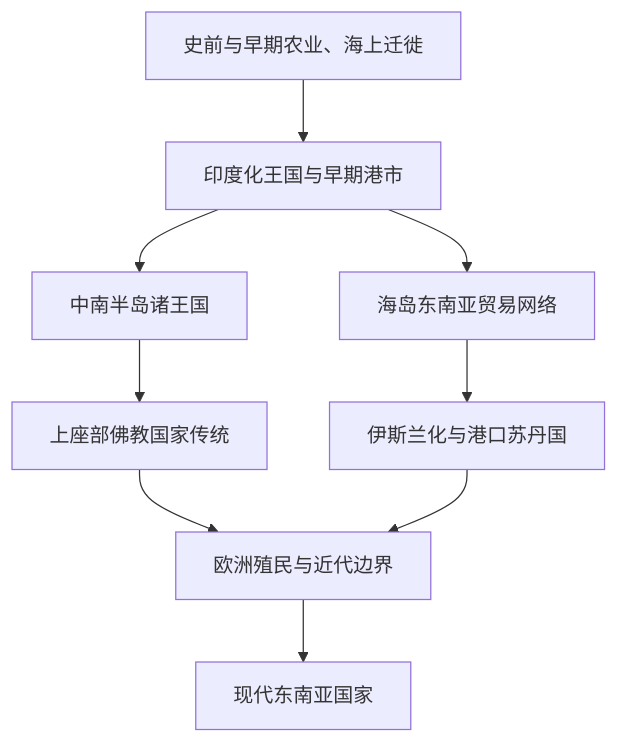
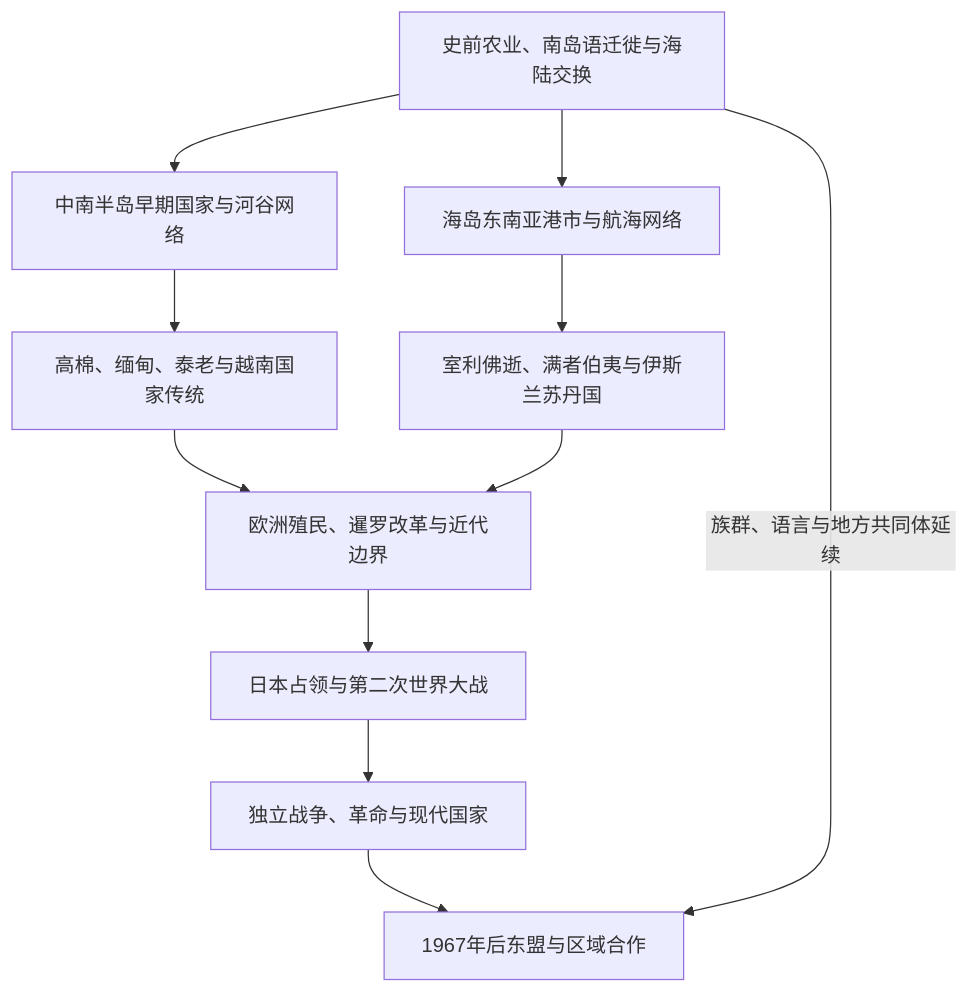
Before and after one commit to tianlan-dev/learning-notes: the diagram in 人文科学/历史/东南亚/README.md, drawn with Mermaid. The commit also changed other lines of this file and 58 other files, not shown here.

````diff
--- a/人文科学/历史/东南亚/README.md
+++ b/人文科学/历史/东南亚/README.md
@@ -14,11 +13,13 @@
 ```mermaid
 flowchart TD
-    Early["史前与早期农业、海上迁徙"] --> Indianized["印度化王国与早期港市"]
-    Indianized --> Mainland["中南半岛诸王国"]
-    Indianized --> Maritime["海岛东南亚贸易网络"]
-    Mainland --> Buddhism["上座部佛教国家传统"]
-    Maritime --> Islam["伊斯兰化与港口苏丹国"]
-    Buddhism --> Colonial["欧洲殖民与近代边界"]
-    Islam --> Colonial
-    Colonial --> Modern["现代东南亚国家"]
+    Early["史前农业、南岛语迁徙与海陆交换"] --> Mainland["中南半岛早期国家与河谷网络"]
+    Early --> Maritime["海岛东南亚港市与航海网络"]
+    Mainland --> Theravada["高棉、缅甸、泰老与越南国家传统"]
+    Maritime --> Sultanates["室利佛逝、满者伯夷与伊斯兰苏丹国"]
+    Theravada --> Colonial["欧洲殖民、暹罗改革与近代边界"]
+    Sultanates --> Colonial
+    Colonial --> Japan["日本占领与第二次世界大战"]
+    Japan --> Independence["独立战争、革命与现代国家"]
+    Independence --> ASEAN["1967年后东盟与区域合作"]
+    Early -->|族群、语言与地方共同体延续| ASEAN
 ```
````
